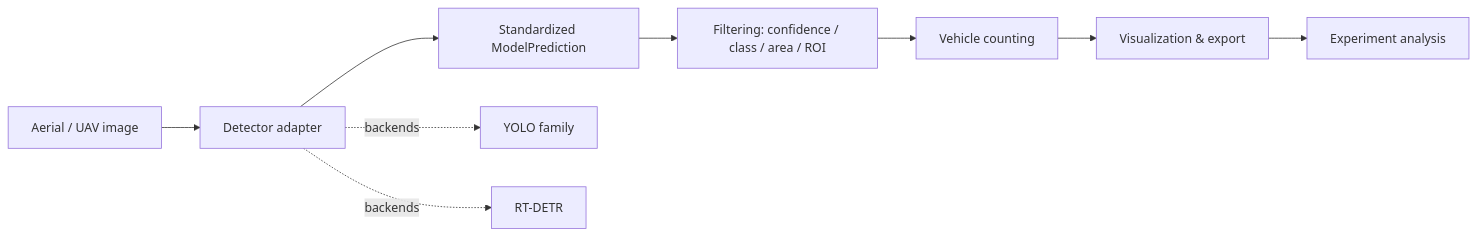
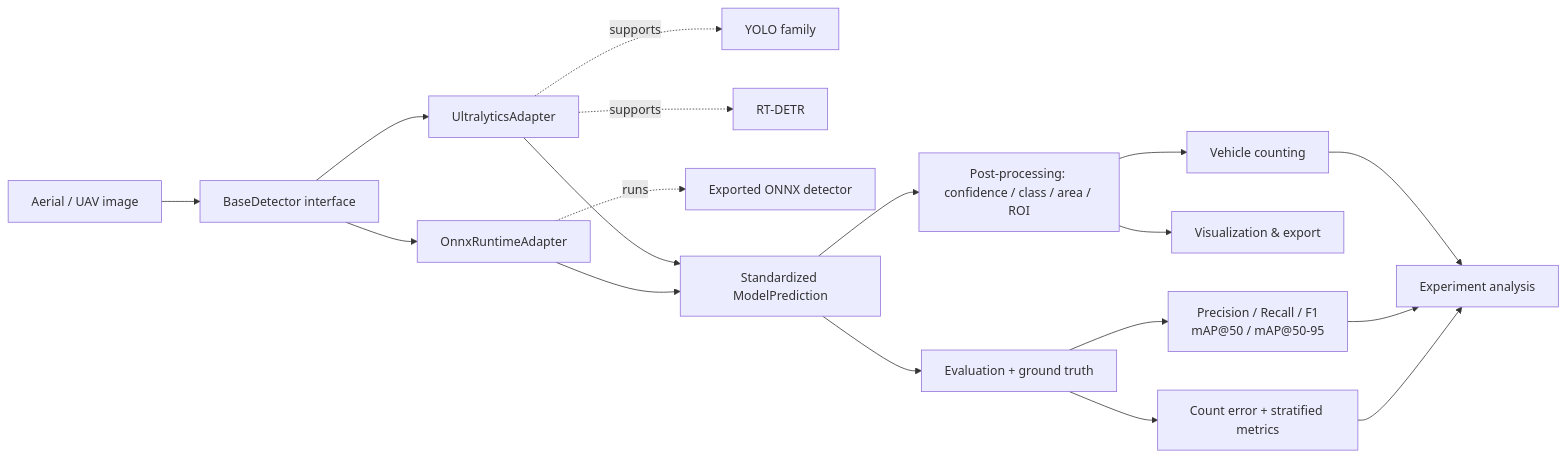
Before and after one commit to Pratyush061/AeroNetra-computervision: the first of 2 diagrams in README.md, drawn with Mermaid. The commit also changed other lines of this file, not shown here.

Commit message:
GITBOOK-8: Correct AeroNetra computer-vision architecture diagram

````diff
--- a/README.md
+++ b/README.md
@@ -66,12 +63,26 @@
 ```mermaid
 flowchart LR
-    A[Aerial / UAV image] --> B[Detector adapter]
-    B --> C[Standardized ModelPrediction]
-    C --> D["Filtering: confidence / class / area / ROI"]
-    D --> E[Vehicle counting]
-    E --> F[Visualization & export]
-    F --> G[Experiment analysis]
+    A[Aerial / UAV image] --> B[BaseDetector interface]
 
-    B -. backends .-> Y[YOLO family]
-    B -. backends .-> R[RT-DETR]
+    B --> U[UltralyticsAdapter]
+    B --> O[OnnxRuntimeAdapter]
+
+    U -. supports .-> Y[YOLO family]
+    U -. supports .-> R[RT-DETR]
+    O -. runs .-> X[Exported ONNX detector]
+
+    U --> C[Standardized ModelPrediction]
+    O --> C
+
+    C --> P["Post-processing: confidence / class / area / ROI"]
+    P --> E[Vehicle counting]
+    P --> V[Visualization & export]
+
+    C --> G[Evaluation + ground truth]
+    G --> M["Precision / Recall / F1<br/>mAP@50 / mAP@50-95"]
+    G --> K["Count error + stratified metrics"]
+
+    E --> A2[Experiment analysis]
+    M --> A2
+    K --> A2
 ```
````
